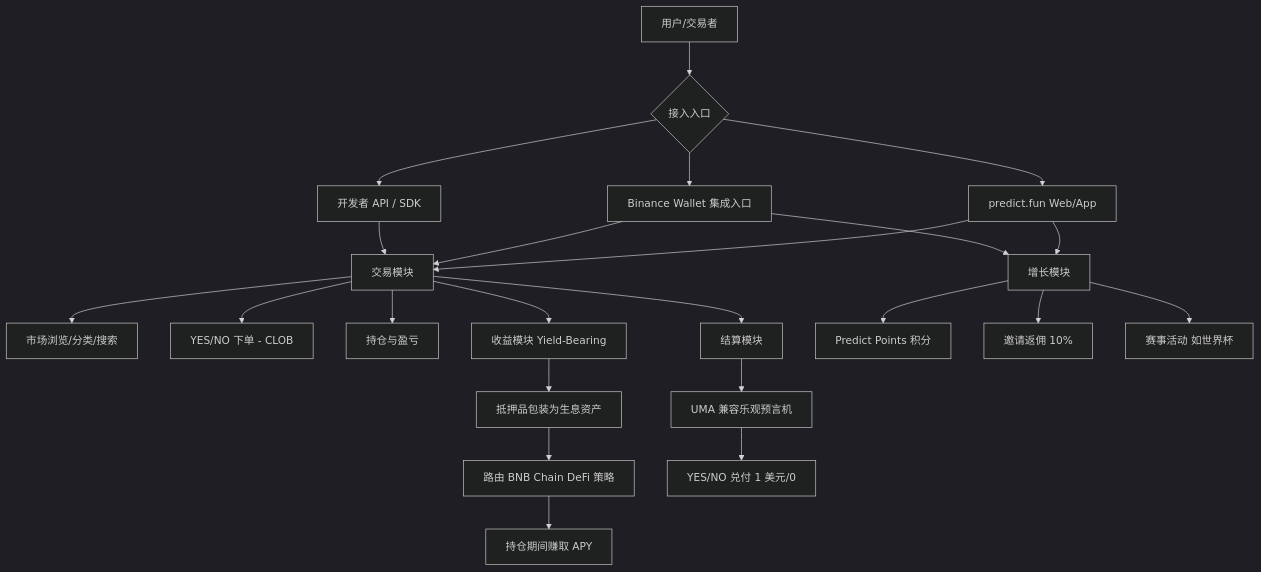
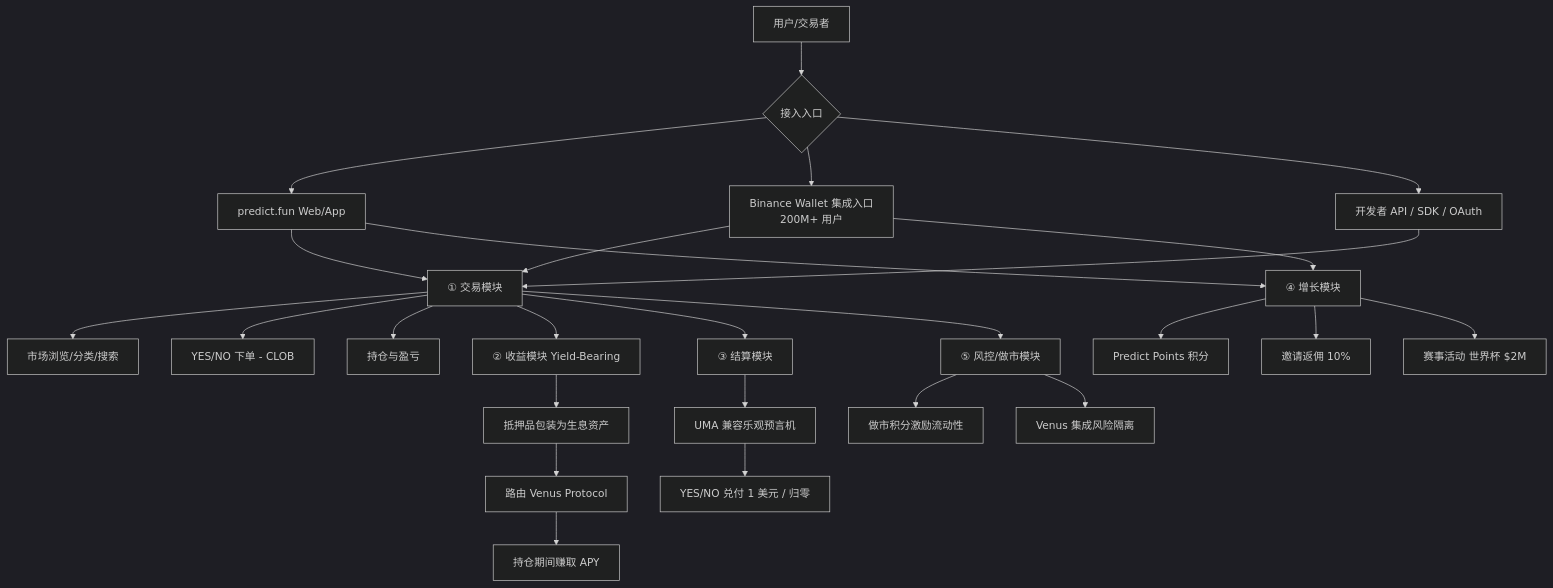
One commit to survivorff/predictfun_design changed the first of 6 diagrams in research/02_business_architecture/analysis.md. Above: the diagram before and after it, drawn with Mermaid (dark theme). The commit also changed other lines of this file and 11 other files, not shown here.

````diff
--- a/research/02_business_architecture/analysis.md
+++ b/research/02_business_architecture/analysis.md
@@ -10,30 +11,34 @@
 ```mermaid
 graph TD
     U[用户/交易者] --> ENT{接入入口}
     ENT --> W[predict.fun Web/App]
-    ENT --> BW[Binance Wallet 集成入口]
-    ENT --> API[开发者 API / SDK]
+    ENT --> BW[Binance Wallet 集成入口<br/>200M+ 用户]
+    ENT --> API[开发者 API / SDK / OAuth]
 
-    W --> TRADE[交易模块]
+    W --> TRADE[① 交易模块]
     BW --> TRADE
     API --> TRADE
 
     TRADE --> M1[市场浏览/分类/搜索]
     TRADE --> M2[YES/NO 下单 - CLOB]
     TRADE --> M3[持仓与盈亏]
 
-    TRADE --> YIELD[收益模块 Yield-Bearing]
+    TRADE --> YIELD[② 收益模块 Yield-Bearing]
     YIELD --> Y1[抵押品包装为生息资产]
-    Y1 --> Y2[路由 BNB Chain DeFi 策略]
+    Y1 --> Y2[路由 Venus Protocol]
     Y2 --> Y3[持仓期间赚取 APY]
 
-    TRADE --> SETTLE[结算模块]
+    TRADE --> SETTLE[③ 结算模块]
     SETTLE --> S1[UMA 兼容乐观预言机]
-    S1 --> S2[YES/NO 兑付 1 美元/0]
+    S1 --> S2[YES/NO 兑付 1 美元 / 归零]
 
-    W --> GROW[增长模块]
+    W --> GROW[④ 增长模块]
     BW --> GROW
     GROW --> G1[Predict Points 积分]
     GROW --> G2[邀请返佣 10%]
-    GROW --> G3[赛事活动 如世界杯]
+    GROW --> G3[赛事活动 世界杯 $2M]
+
+    TRADE --> RISK[⑤ 风控/做市模块]
+    RISK --> R1[做市积分激励流动性]
+    RISK --> R2[Venus 集成风险隔离]
 ```
````
